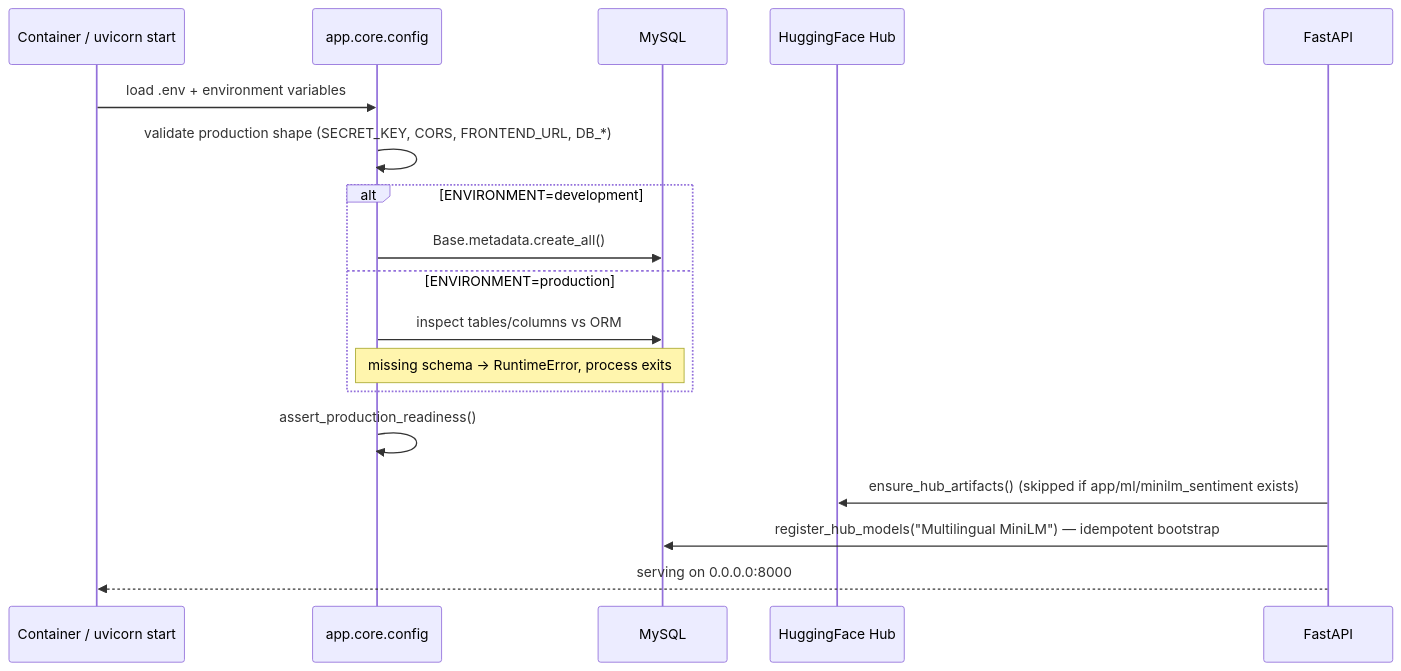
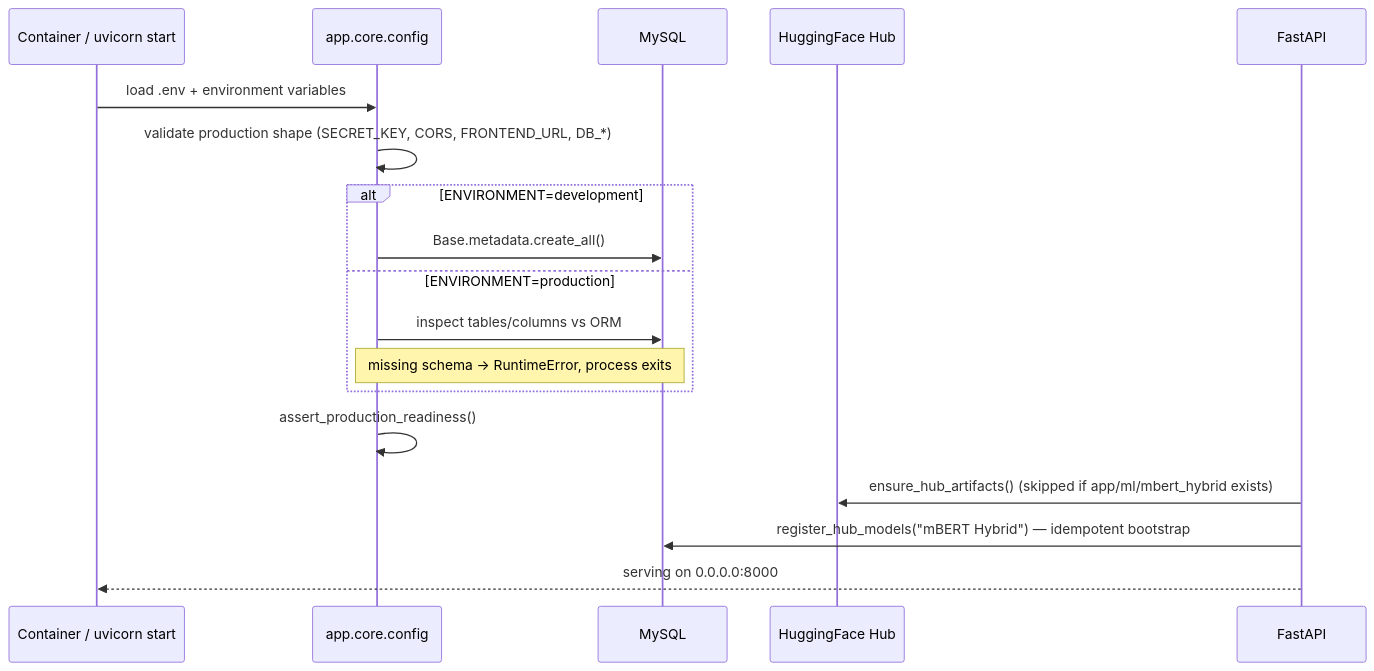
Before and after one commit to rowseiyyyy/Student-Sentiment-Analysis-System: the fourth of 6 diagrams in SYSTEM_ARCHITECTURE.md, drawn with Mermaid. The commit also changed other lines of this file and 48 other files, not shown here.

First line of the commit message:
Replace Multilingual MiniLM with mBERT Hybrid as the live model

````diff
--- a/SYSTEM_ARCHITECTURE.md
+++ b/SYSTEM_ARCHITECTURE.md
@@ -321,21 +321,21 @@
 ```mermaid
 sequenceDiagram
     participant Boot as Container / uvicorn start
     participant Cfg as app.core.config
     participant DB as MySQL
     participant Hub as HuggingFace Hub
     participant App as FastAPI
 
     Boot->>Cfg: load .env + environment variables
     Cfg->>Cfg: validate production shape (SECRET_KEY, CORS, FRONTEND_URL, DB_*)
     alt ENVIRONMENT=development
         Cfg->>DB: Base.metadata.create_all()
     else ENVIRONMENT=production
         Cfg->>DB: inspect tables/columns vs ORM
         Note over Cfg,DB: missing schema → RuntimeError, process exits
     end
     Cfg->>Cfg: assert_production_readiness()
-    App->>Hub: ensure_hub_artifacts() (skipped if app/ml/minilm_sentiment exists)
-    App->>DB: register_hub_models("Multilingual MiniLM") — idempotent bootstrap
+    App->>Hub: ensure_hub_artifacts() (skipped if app/ml/mbert_hybrid exists)
+    App->>DB: register_hub_models("mBERT Hybrid") — idempotent bootstrap
     App-->>Boot: serving on 0.0.0.0:8000
 ```
````
